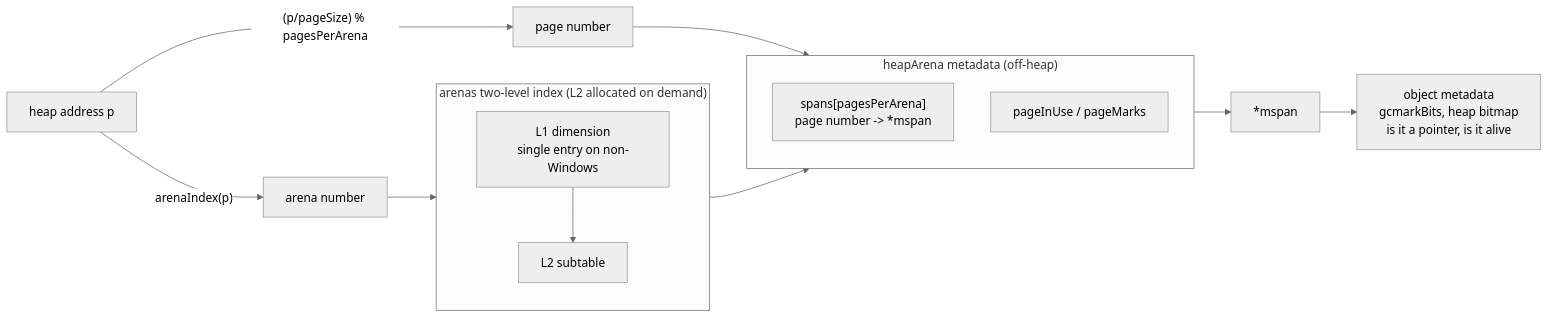
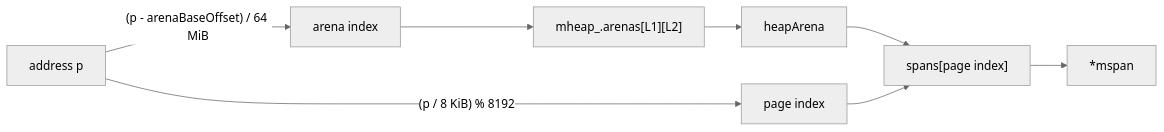
One commit to golang-design/under-the-hood changed the first of 2 diagrams in book/en-us/part4memory/ch12alloc/init.md. Above: the diagram before and after it, drawn with Mermaid (neutral theme). The commit also changed other lines of this file and 30 other files, not shown here.

````diff
--- a/book/en-us/part4memory/ch12alloc/init.md
+++ b/book/en-us/part4memory/ch12alloc/init.md
@@ -170,19 +188,10 @@
 ```mermaid
 flowchart LR
-    P["heap address p"] -->|"arenaIndex(p)"| IDX["arena number"]
-    P -->|"(p/pageSize) % pagesPerArena"| PG["page number"]
-    subgraph T["arenas two-level index (L2 allocated on demand)"]
-      direction TB
-      L1["L1 dimension<br/>single entry on non-Windows"] --> L2["L2 subtable"]
-    end
-    subgraph HA["heapArena metadata (off-heap)"]
-      direction TB
-      SPANS["spans[pagesPerArena]<br/>page number -> *mspan"]
-      MARKS["pageInUse / pageMarks"]
-    end
-    IDX --> L1
-    L2 --> SPANS
-    PG --> SPANS
-    SPANS --> S["*mspan"]
-    S --> META["object metadata<br/>gcmarkBits, heap bitmap<br/>is it a pointer, is it alive"]
+    P["address p"] -->|"(p - arenaBaseOffset) / 64 MiB"| I["arena index"]
+    I --> A["mheap_.arenas[L1][L2]"]
+    A --> H["heapArena"]
+    P -->|"(p / 8 KiB) % 8192"| PG["page index"]
+    H --> S["spans[page index]"]
+    PG --> S
+    S --> M["*mspan"]
 ```
````
